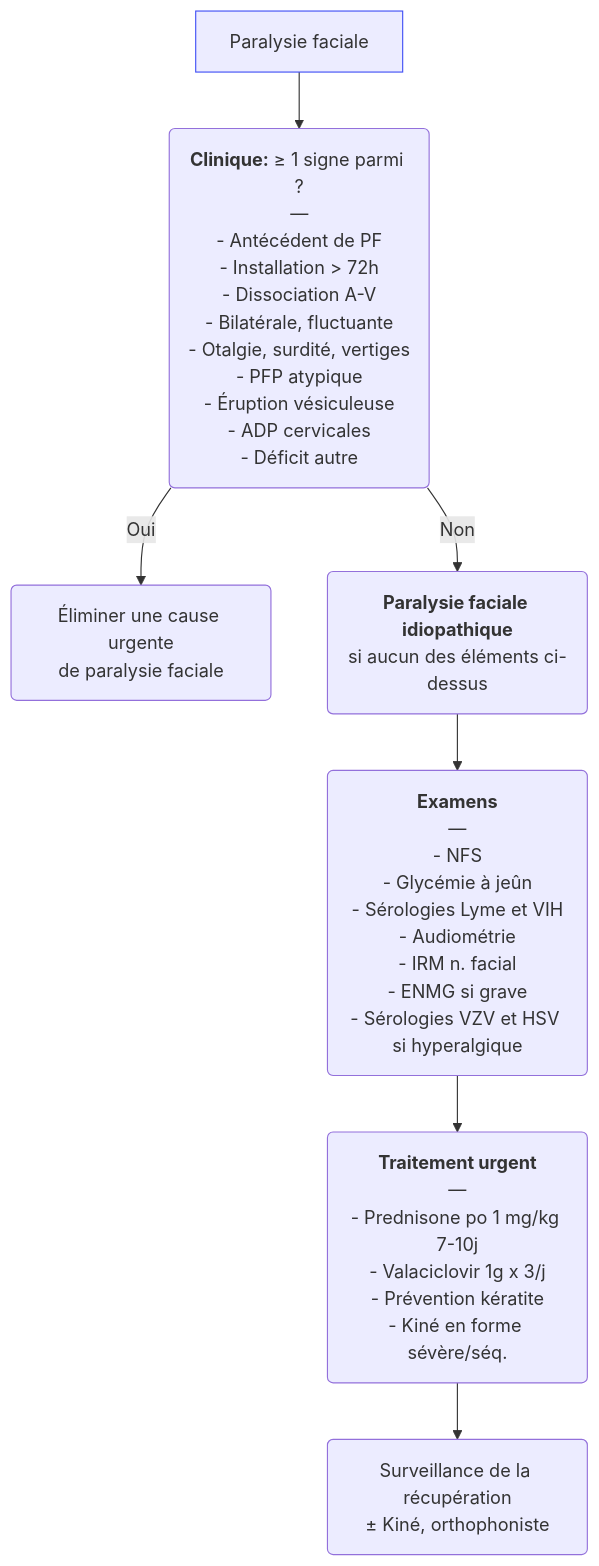
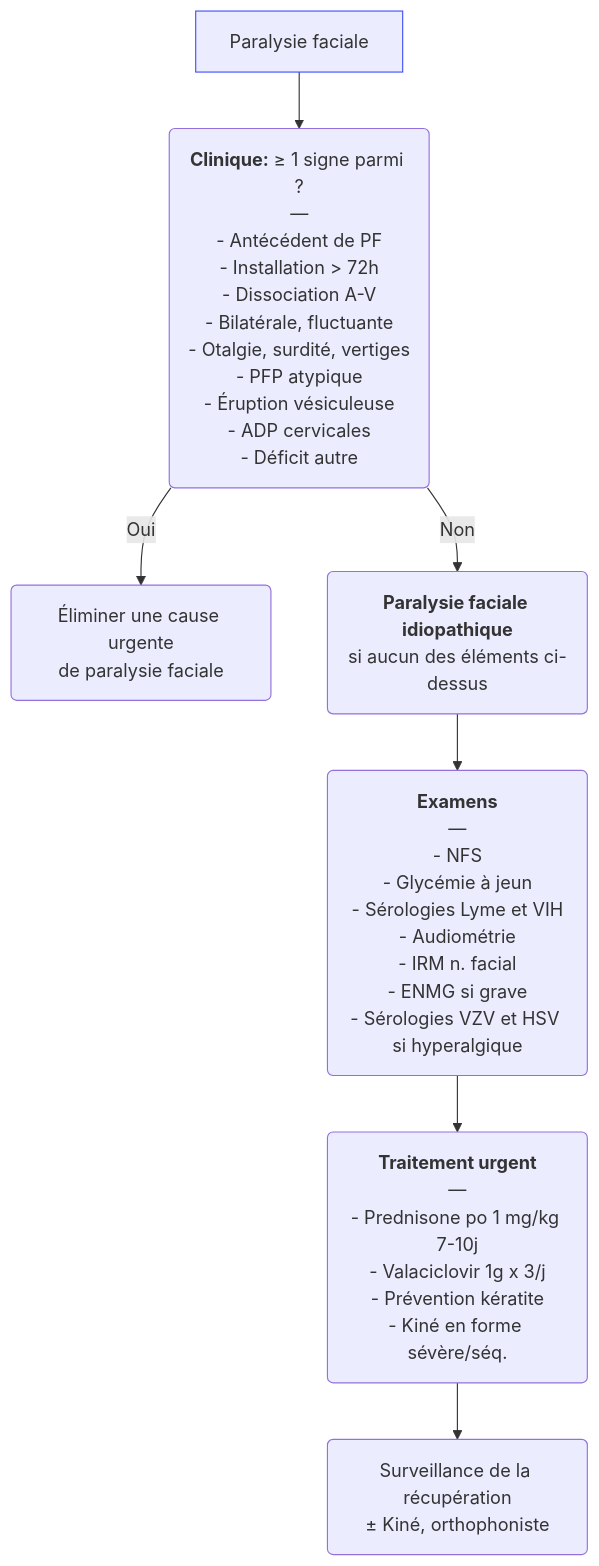
The diagram in content/recommandations/paralysie-faciale-idiopathique.md (djibe/recommandations-medicales), drawn with Mermaid before and after one commit.

```diff
--- a/content/recommandations/paralysie-faciale-idiopathique.md
+++ b/content/recommandations/paralysie-faciale-idiopathique.md
@@ -289,10 +289,10 @@
 {{< mermaid title="Conduite à tenir devant une paralysie faciale idiopathique. Dr JB Fron d'après SFORL 2020" >}}
 graph TB
   PF[Paralysie faciale] --> atypie("<b>Clinique:</b> ≥ 1 signe parmi ?<br>—<br>- Antécédent de PF<br>- Installation &gt; 72h<br>- Dissociation A-V<br>- Bilatérale, fluctuante<br>- Otalgie, surdité, vertiges<br>- PFP atypique<br>- Éruption vésiculeuse<br>- ADP cervicales<br>- Déficit autre")
   style PF stroke:#4150f5, stroke-width:1px
     atypie -- Oui --> differentiel("Éliminer une cause urgente<br>de paralysie faciale")
     atypie -- Non --> PFI("<b>Paralysie faciale idiopathique</b><br>si aucun des éléments ci-dessus")
-      PFI --> bilan("<b>Examens</b><br>—<br>- NFS<br>- Glycémie à jeûn<br>- Sérologies Lyme et VIH<br>- Audiométrie<br>- IRM n. facial<br>- ENMG si grave<br>- Sérologies VZV et HSV si hyperalgique")
+      PFI --> bilan("<b>Examens</b><br>—<br>- NFS<br>- Glycémie à jeun<br>- Sérologies Lyme et VIH<br>- Audiométrie<br>- IRM n. facial<br>- ENMG si grave<br>- Sérologies VZV et HSV si hyperalgique")
         bilan --> ttt("<b>Traitement urgent</b><br>—<br>- Prednisone po 1 mg/kg 7-10j<br>- Valaciclovir 1g x 3/j<br>- Prévention kératite<br>- Kiné en forme sévère/séq.")
           ttt --> surv("Surveillance de la récupération<br>± Kiné, orthophoniste")
 {{< /mermaid >}}
```
